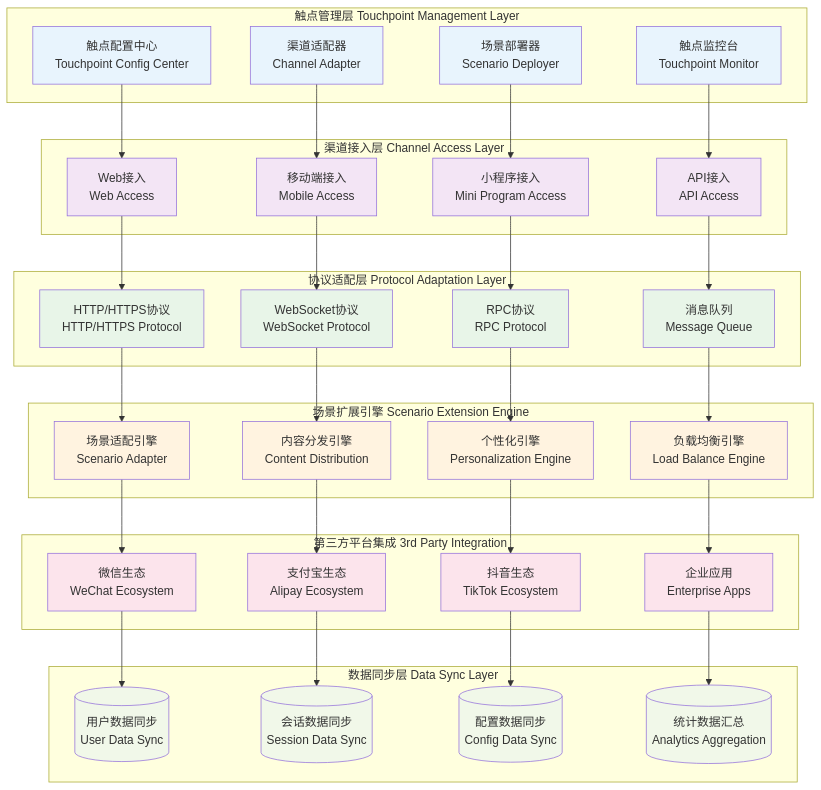
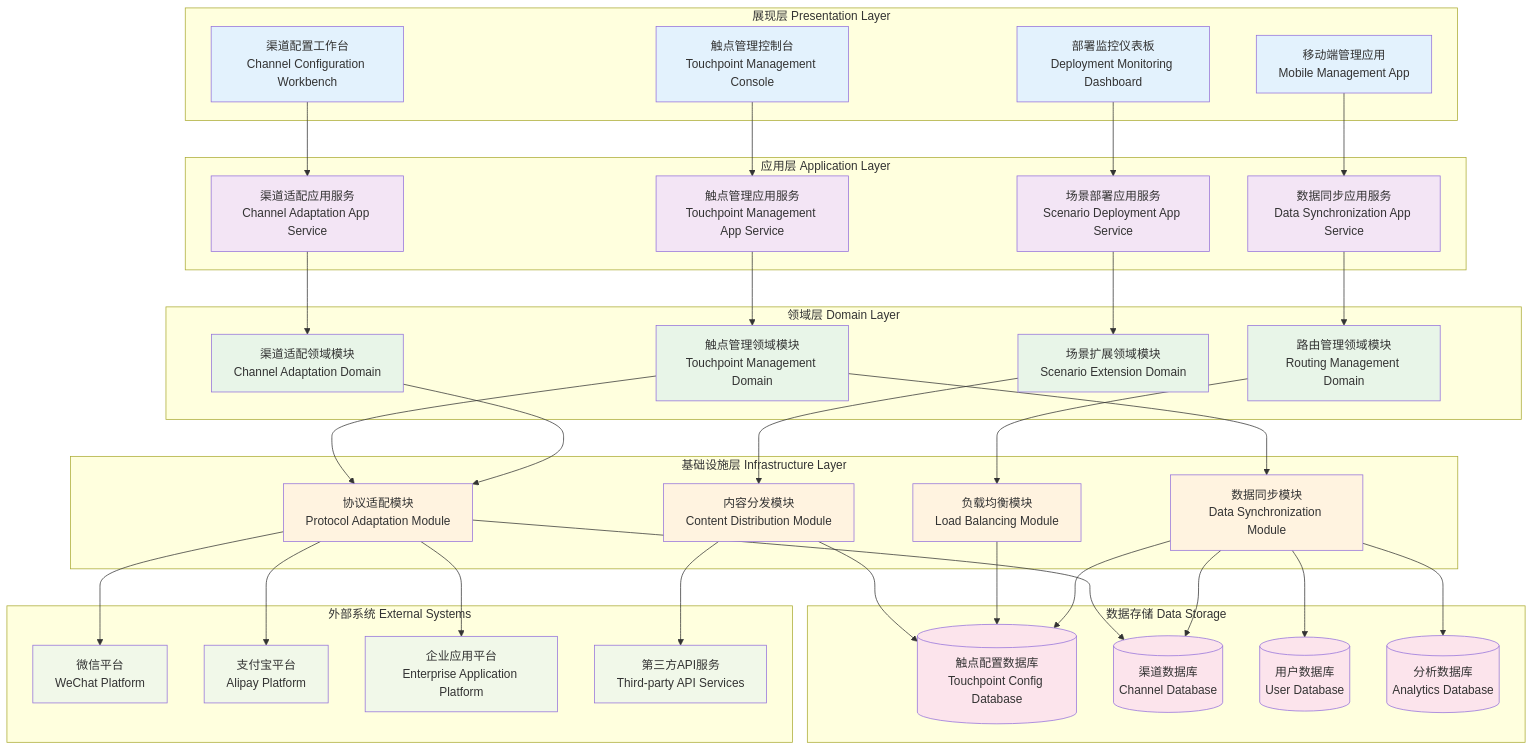
Before and after one commit to xsl625/-: the diagram in 24.2.5_online_scenario_extension_architecture.md, drawn with Mermaid. The commit also changed other lines of this file and 1 other file, not shown here.

Commit message:
Checkpoint before follow-up message

````diff
--- a/24.2.5_online_scenario_extension_architecture.md
+++ b/24.2.5_online_scenario_extension_architecture.md
@@ -8,94 +8,104 @@
 ```mermaid
 graph TB
-    subgraph "触点管理层 Touchpoint Management Layer"
-        A[触点配置中心<br/>Touchpoint Config Center]
-        B[渠道适配器<br/>Channel Adapter]
-        C[场景部署器<br/>Scenario Deployer]
-        D[触点监控台<br/>Touchpoint Monitor]
+    subgraph "展现层 Presentation Layer"
+        A[触点管理控制台<br/>Touchpoint Management Console]
+        B[渠道配置工作台<br/>Channel Configuration Workbench]
+        C[部署监控仪表板<br/>Deployment Monitoring Dashboard]
+        D[移动端管理应用<br/>Mobile Management App]
     end
     
-    subgraph "渠道接入层 Channel Access Layer"
-        E[Web接入<br/>Web Access]
-        F[移动端接入<br/>Mobile Access]
-        G[小程序接入<br/>Mini Program Access]
-        H[API接入<br/>API Access]
+    subgraph "应用层 Application Layer"
+        E[触点管理应用服务<br/>Touchpoint Management App Service]
+        F[渠道适配应用服务<br/>Channel Adaptation App Service]
+        G[场景部署应用服务<br/>Scenario Deployment App Service]
+        H[数据同步应用服务<br/>Data Synchronization App Service]
     end
     
-    subgraph "协议适配层 Protocol Adaptation Layer"
-        I[HTTP/HTTPS协议<br/>HTTP/HTTPS Protocol]
-        J[WebSocket协议<br/>WebSocket Protocol]
-        K[RPC协议<br/>RPC Protocol]
-        L[消息队列<br/>Message Queue]
+    subgraph "领域层 Domain Layer"
+        I[触点管理领域模块<br/>Touchpoint Management Domain]
+        J[渠道适配领域模块<br/>Channel Adaptation Domain]
+        K[场景扩展领域模块<br/>Scenario Extension Domain]
+        L[路由管理领域模块<br/>Routing Management Domain]
     end
     
-    subgraph "场景扩展引擎 Scenario Extension Engine"
-        M[场景适配引擎<br/>Scenario Adapter]
-        N[内容分发引擎<br/>Content Distribution]
-        O[个性化引擎<br/>Personalization Engine]
-        P[负载均衡引擎<br/>Load Balance Engine]
+    subgraph "基础设施层 Infrastructure Layer"
+        M[协议适配模块<br/>Protocol Adaptation Module]
+        N[内容分发模块<br/>Content Distribution Module]
+        O[负载均衡模块<br/>Load Balancing Module]
+        P[数据同步模块<br/>Data Synchronization Module]
     end
     
-    subgraph "第三方平台集成 3rd Party Integration"
-        Q[微信生态<br/>WeChat Ecosystem]
-        R[支付宝生态<br/>Alipay Ecosystem]
-        S[抖音生态<br/>TikTok Ecosystem]
-        T[企业应用<br/>Enterprise Apps]
+    subgraph "数据存储 Data Storage"
+        Q[(触点配置数据库<br/>Touchpoint Config Database)]
+        R[(渠道数据库<br/>Channel Database)]
+        S[(用户数据库<br/>User Database)]
+        T[(分析数据库<br/>Analytics Database)]
     end
     
-    subgraph "数据同步层 Data Sync Layer"
-        U[(用户数据同步<br/>User Data Sync)]
-        V[(会话数据同步<br/>Session Data Sync)]
-        W[(配置数据同步<br/>Config Data Sync)]
-        X[(统计数据汇总<br/>Analytics Aggregation)]
+    subgraph "外部系统 External Systems"
+        U[微信平台<br/>WeChat Platform]
+        V[支付宝平台<br/>Alipay Platform]
+        W[企业应用平台<br/>Enterprise Application Platform]
+        X[第三方API服务<br/>Third-party API Services]
     end
     
+    %% 展现层到应用层
     A --> E
     B --> F
     C --> G
     D --> H
     
+    %% 应用层到领域层
     E --> I
     F --> J
     G --> K
     H --> L
     
+    %% 领域层到基础设施层
     I --> M
-    J --> N
-    K --> O
-    L --> P
+    J --> M
+    K --> N
+    L --> O
+    I --> P
     
-    M --> Q
-    N --> R
-    O --> S
+    %% 基础设施层到数据存储
+    M --> R
+    N --> Q
+    O --> Q
+    P --> Q
+    P --> R
+    P --> S
     P --> T
     
-    Q --> U
-    R --> V
-    S --> W
-    T --> X
+    %% 基础设施层到外部系统
+    M --> U
+    M --> V
+    M --> W
+    N --> X
     
-    style A fill:#e8f4fd
-    style B fill:#e8f4fd
-    style C fill:#e8f4fd
-    style D fill:#e8f4fd
-    style E fill:#f3e5f5
-    style F fill:#f3e5f5
-    style G fill:#f3e5f5
-    style H fill:#f3e5f5
-    style I fill:#e8f5e8
-    style J fill:#e8f5e8
-    style K fill:#e8f5e8
-    style L fill:#e8f5e8
-    style M fill:#fff3e0
-    style N fill:#fff3e0
-    style O fill:#fff3e0
-    style P fill:#fff3e0
-    style Q fill:#fce4ec
-    style R fill:#fce4ec
-    style S fill:#fce4ec
-    style T fill:#fce4ec
-    style U fill:#f1f8e9
-    style V fill:#f1f8e9
-    style W fill:#f1f8e9
-    style X fill:#f1f8e9
+    %% 样式定义
+    style A fill:#E3F2FD
+    style B fill:#E3F2FD
+    style C fill:#E3F2FD
+    style D fill:#E3F2FD
+    style E fill:#F3E5F5
+    style F fill:#F3E5F5
+    style G fill:#F3E5F5
+    style H fill:#F3E5F5
+    style I fill:#E8F5E8
+    style J fill:#E8F5E8
+    style K fill:#E8F5E8
+    style L fill:#E8F5E8
+    style M fill:#FFF3E0
+    style N fill:#FFF3E0
+    style O fill:#FFF3E0
+    style P fill:#FFF3E0
+    style Q fill:#FCE4EC
+    style R fill:#FCE4EC
+    style S fill:#FCE4EC
+    style T fill:#FCE4EC
+    style U fill:#F1F8E9
+    style V fill:#F1F8E9
+    style W fill:#F1F8E9
+    style X fill:#F1F8E9
 ```
````
